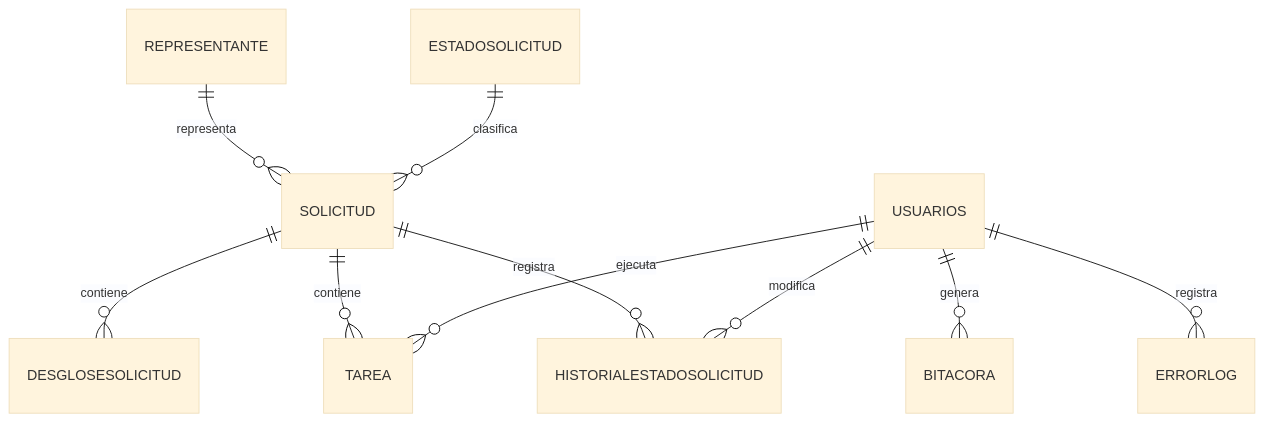
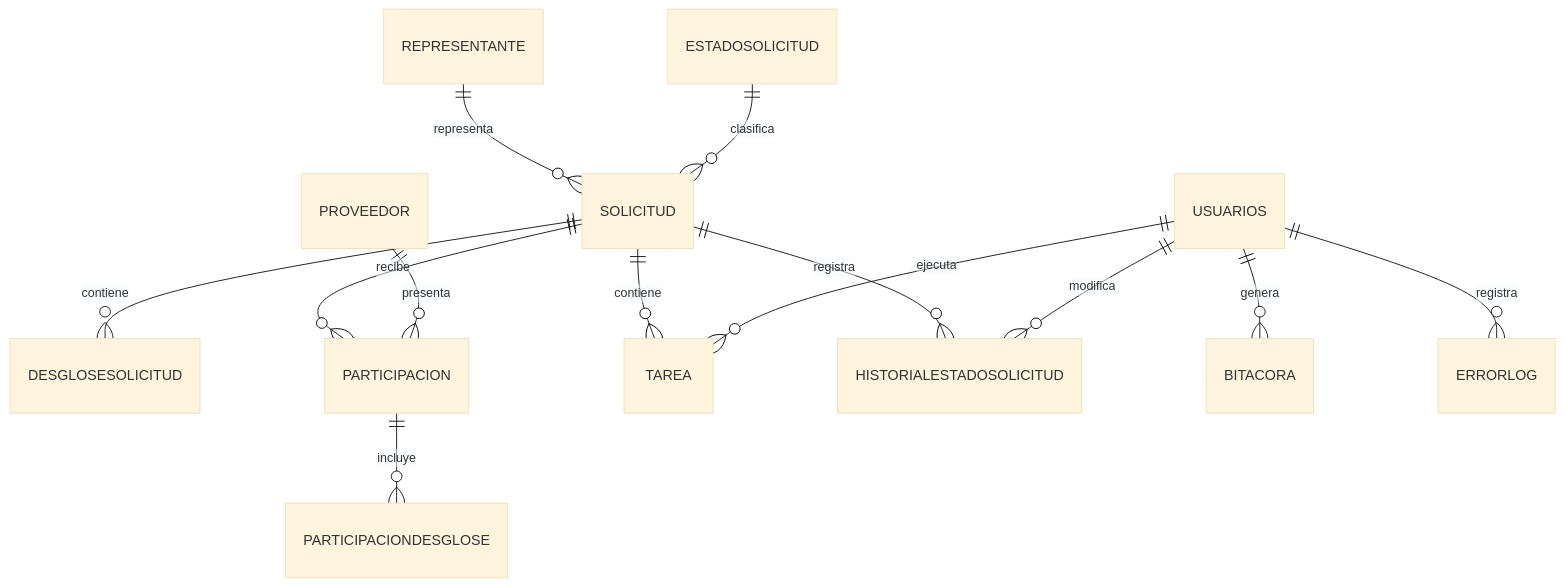
One commit to SebastianObandoR/administracion-solicitudes changed the second of 2 diagrams in README.md. Above: the diagram before and after it, drawn with Mermaid (base theme). The commit also changed other lines of this file and 23 other files, not shown here.

````diff
--- a/README.md
+++ b/README.md
@@ -641,12 +644,15 @@
 ```mermaid
 erDiagram
     REPRESENTANTE ||--o{ SOLICITUD : representa
     ESTADOSOLICITUD ||--o{ SOLICITUD : clasifica
     SOLICITUD ||--o{ DESGLOSESOLICITUD : contiene
+    SOLICITUD ||--o{ PARTICIPACION : recibe
+    PROVEEDOR ||--o{ PARTICIPACION : presenta
+    PARTICIPACION ||--o{ PARTICIPACIONDESGLOSE : incluye
     SOLICITUD ||--o{ TAREA : contiene
     USUARIOS ||--o{ TAREA : ejecuta
     SOLICITUD ||--o{ HISTORIALESTADOSOLICITUD : registra
     USUARIOS ||--o{ HISTORIALESTADOSOLICITUD : modifica
     USUARIOS ||--o{ BITACORA : genera
     USUARIOS ||--o{ ERRORLOG : registra
 ```
````
